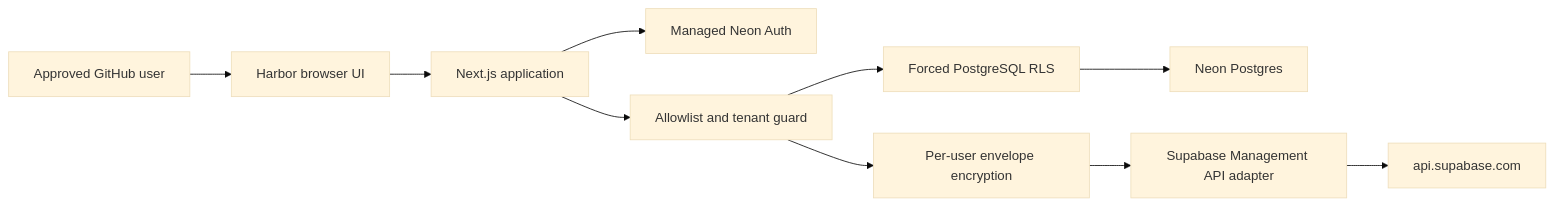
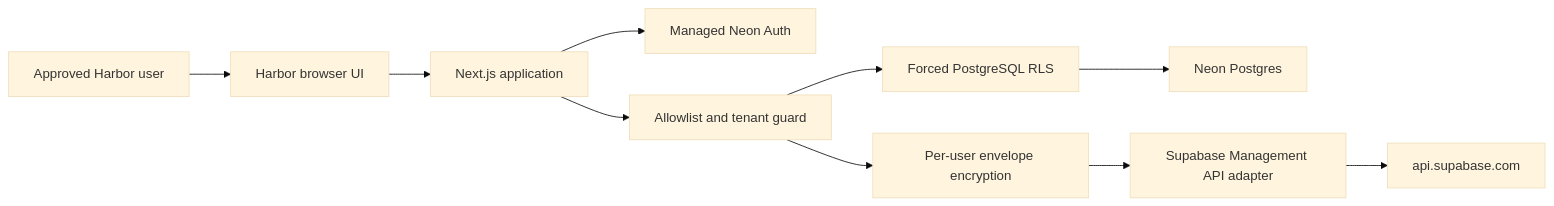
One commit to krishna0605/supabase-harbor changed the diagram in README.md. Above: the diagram before and after it, drawn with Mermaid (base theme). The commit also changed other lines of this file and 19 other files, not shown here.

````diff
--- a/README.md
+++ b/README.md
@@ -47,23 +47,23 @@
 ```mermaid
 flowchart LR
-    User["Approved GitHub user"]
+    User["Approved Harbor user"]
     Browser["Harbor browser UI"]
     Next["Next.js application"]
     Auth["Managed Neon Auth"]
     Guard["Allowlist and tenant guard"]
     Crypto["Per-user envelope encryption"]
     RLS["Forced PostgreSQL RLS"]
     Neon["Neon Postgres"]
     Adapter["Supabase Management API adapter"]
     Supabase["api.supabase.com"]
 
     User --> Browser
     Browser --> Next
     Next --> Auth
     Next --> Guard
     Guard --> Crypto
     Guard --> RLS
     RLS --> Neon
     Crypto --> Adapter
     Adapter --> Supabase
 ```
````
